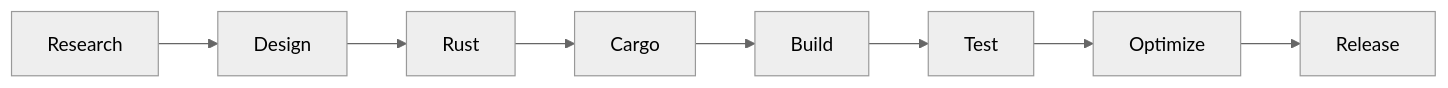
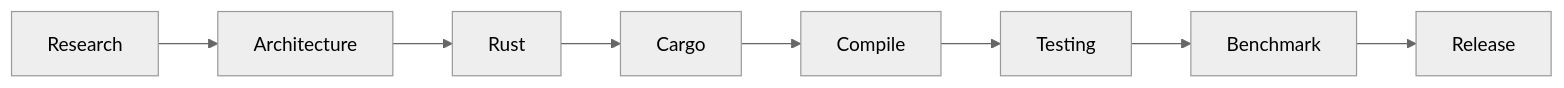
The diagram in README.md (m4n14ck/m4n14ck), drawn with Mermaid (neutral theme) before and after one commit. The commit also changed other lines of this file, not shown here.

````diff
--- a/README.md
+++ b/README.md
@@ -200,17 +219,17 @@
 ```mermaid
 graph LR
 
-Research --> Design
+Research --> Architecture
 
-Design --> Rust
+Architecture --> Rust
 
 Rust --> Cargo
 
-Cargo --> Build
+Cargo --> Compile
 
-Build --> Test
+Compile --> Testing
 
-Test --> Optimize
+Testing --> Benchmark
 
-Optimize --> Release
+Benchmark --> Release
 ```
````
